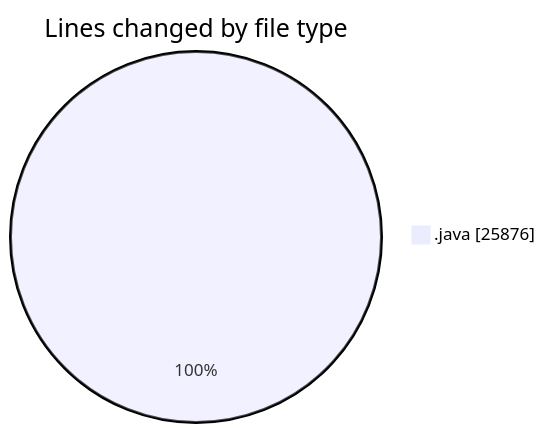
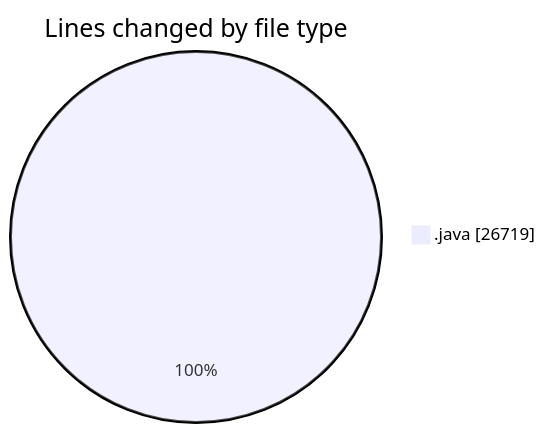
Before and after one commit to ricardozamudiocil/code-tracking: the first of 2 diagrams in 2026-05-19/cilapp/README.md, drawn with Mermaid. The commit also changed other lines of this file and 1 other file, not shown here.

````diff
--- a/2026-05-19/cilapp/README.md
+++ b/2026-05-19/cilapp/README.md
@@ -23,5 +23,5 @@
 ```mermaid
 pie showData
 title Lines changed by file type
-".java" : 25876
+".java" : 26719
 ```
````
